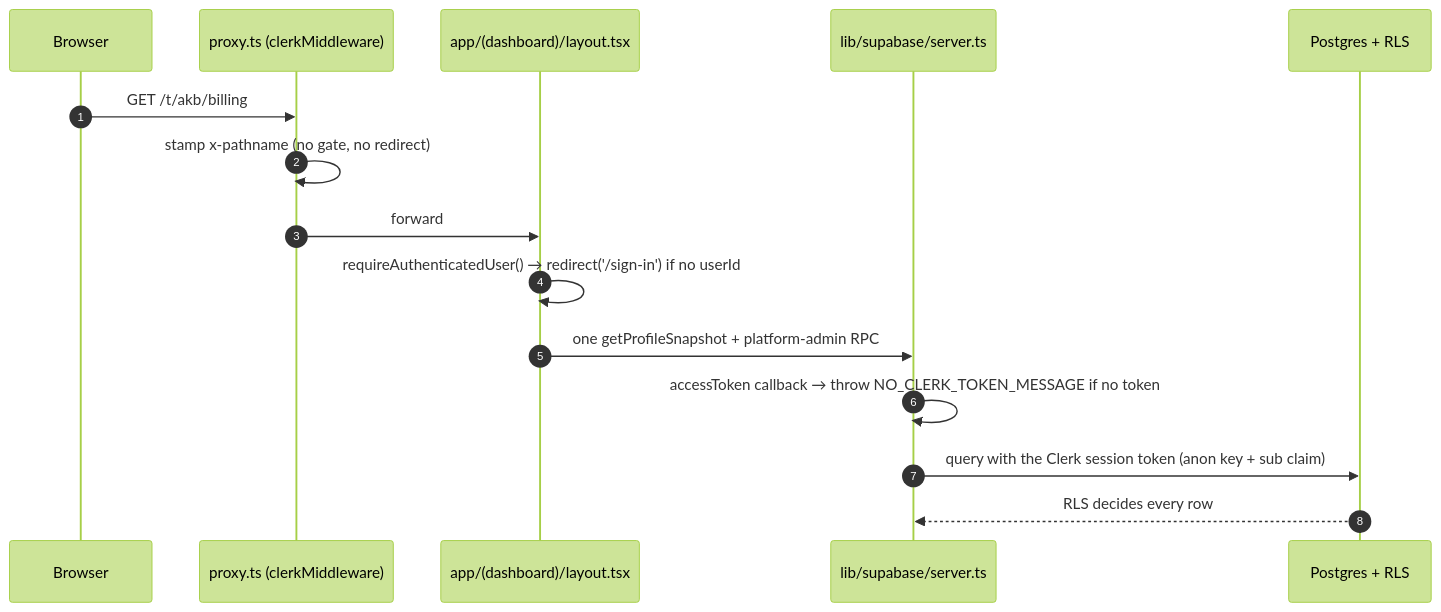
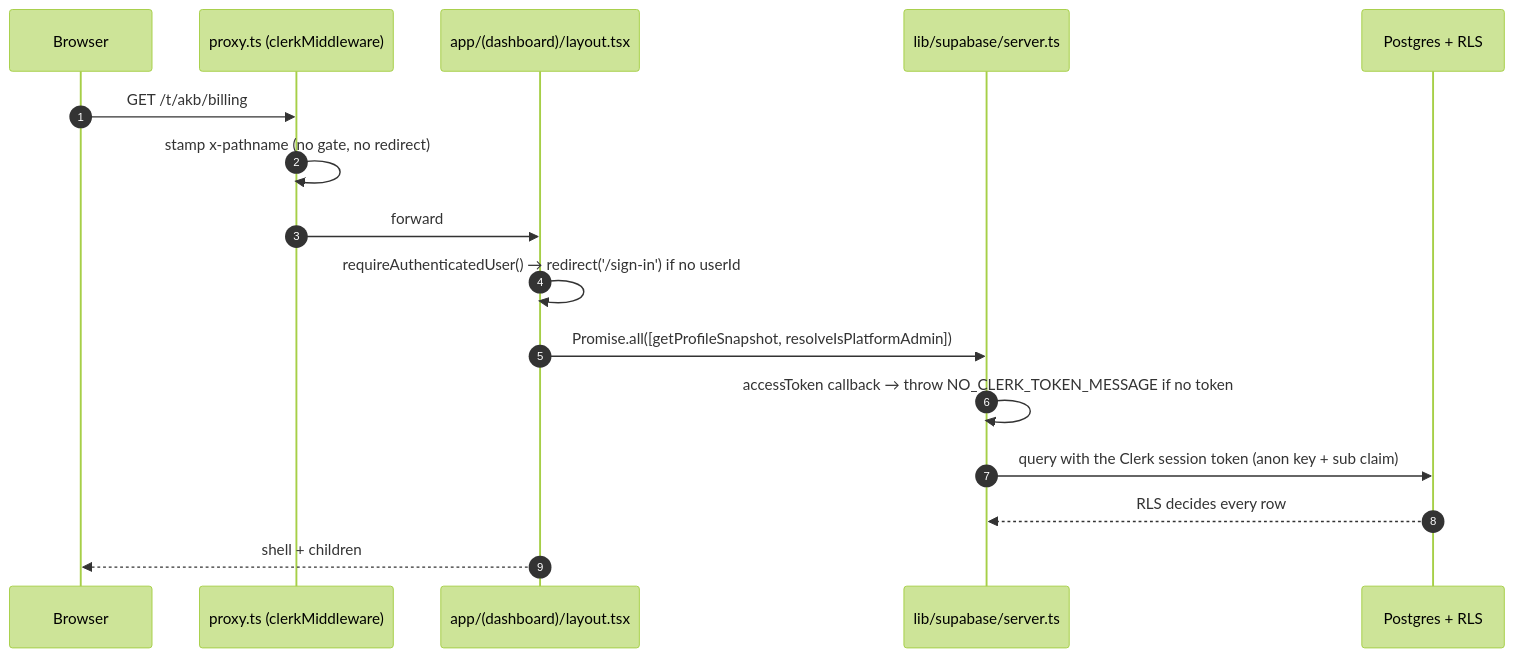
Before and after one commit to shuakyle21/tesda-compliance-manager: the diagram in openwiki/architecture/overview.md, drawn with Mermaid (forest theme). The commit also changed other lines of this file and 40 other files, not shown here.

````diff
--- a/openwiki/architecture/overview.md
+++ b/openwiki/architecture/overview.md
@@ -159,17 +39,18 @@
 ```mermaid
 sequenceDiagram
     autonumber
     participant B as Browser
     participant P as proxy.ts (clerkMiddleware)
     participant L as app/(dashboard)/layout.tsx
     participant C as lib/supabase/server.ts
     participant DB as Postgres + RLS
     B->>P: GET /t/akb/billing
     P->>P: stamp x-pathname (no gate, no redirect)
     P->>L: forward
     L->>L: requireAuthenticatedUser() → redirect('/sign-in') if no userId
-    L->>C: one getProfileSnapshot + platform-admin RPC
+    L->>C: Promise.all([getProfileSnapshot, resolveIsPlatformAdmin])
     C->>C: accessToken callback → throw NO_CLERK_TOKEN_MESSAGE if no token
     C->>DB: query with the Clerk session token (anon key + sub claim)
     DB-->>C: RLS decides every row
+    L-->>B: shell + children
 ```
````
